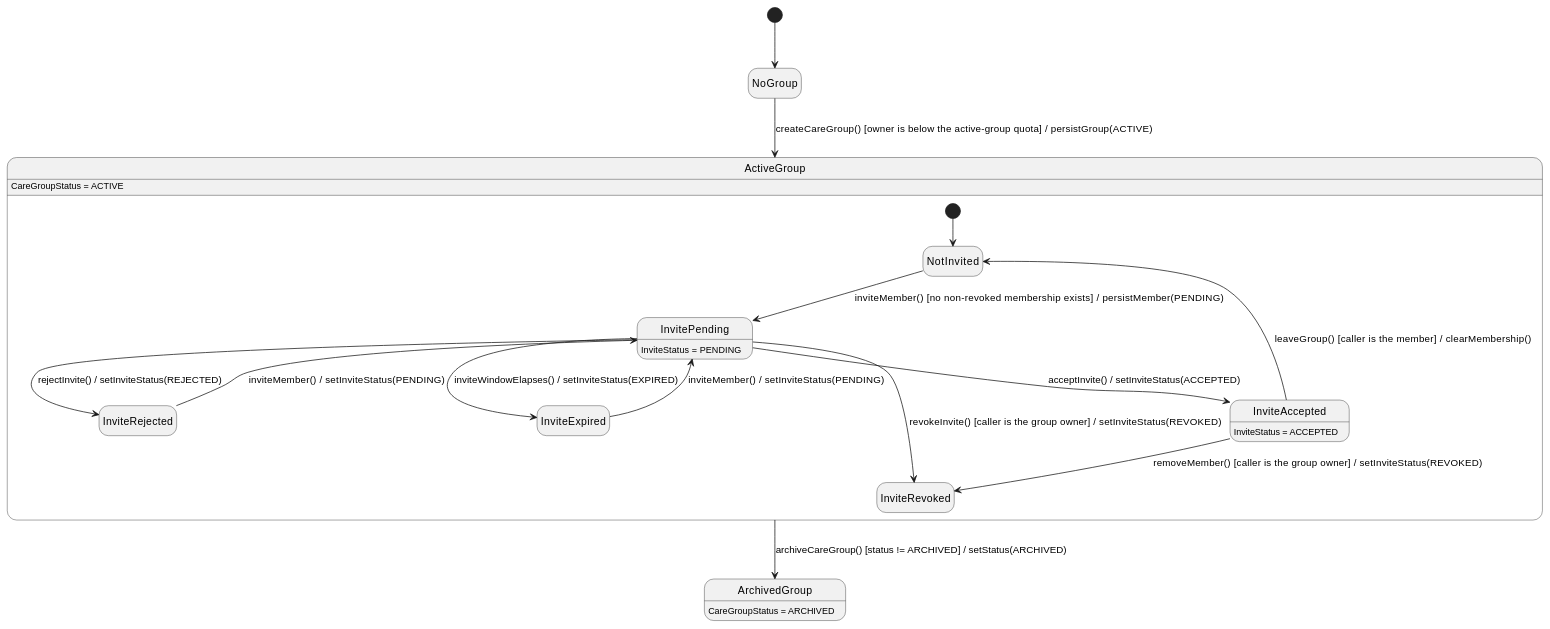
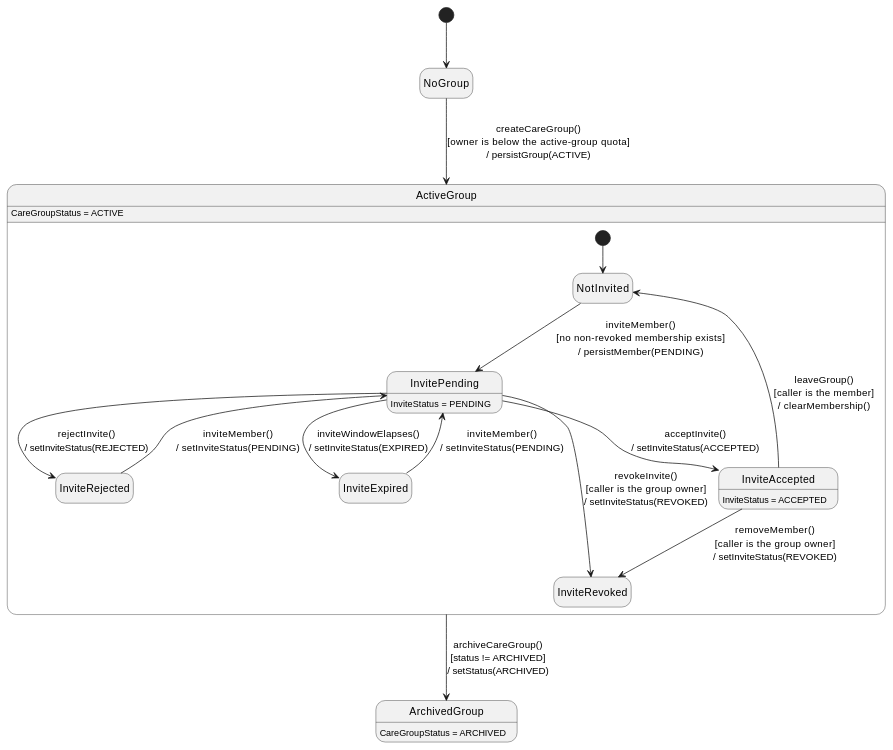
One commit to ChuongBDHE172784/CareBridge_SEP490_G79 changed the third of 3 diagrams in 03_Design/Detailed_Design/MF08_Family_Sync_Cooperative_Care/01_Care_Group_and_Membership_Lifecycle.md. Above: the diagram before and after it, drawn with PlantUML. The commit also changed 61 other files, not shown here.

Commit message:
docs: update detailed design documentation and state chart diagrams across all feature modules

````diff
--- a/03_Design/Detailed_Design/MF08_Family_Sync_Cooperative_Care/01_Care_Group_and_Membership_Lifecycle.md
+++ b/03_Design/Detailed_Design/MF08_Family_Sync_Cooperative_Care/01_Care_Group_and_Membership_Lifecycle.md
@@ -208,27 +208,27 @@
 ```plantuml
 @startuml StateChartDiagram_01CareGroupandMembershipLifecycle
 hide empty description
 [*] --> NoGroup
 
-NoGroup --> ActiveGroup : createCareGroup() [owner is below the active-group quota] / persistGroup(ACTIVE)
-ActiveGroup --> ArchivedGroup : archiveCareGroup() [status != ARCHIVED] / setStatus(ARCHIVED)
+NoGroup --> ActiveGroup : createCareGroup()\n[owner is below the active-group quota]\n/ persistGroup(ACTIVE)
+ActiveGroup --> ArchivedGroup : archiveCareGroup()\n[status != ARCHIVED]\n/ setStatus(ARCHIVED)
 
 state ActiveGroup {
   [*] --> NotInvited
-  NotInvited --> InvitePending : inviteMember() [no non-revoked membership exists] / persistMember(PENDING)
-  InvitePending --> InviteAccepted : acceptInvite() / setInviteStatus(ACCEPTED)
-  InvitePending --> InviteRejected : rejectInvite() / setInviteStatus(REJECTED)
-  InvitePending --> InviteExpired : inviteWindowElapses() / setInviteStatus(EXPIRED)
-  InvitePending --> InviteRevoked : revokeInvite() [caller is the group owner] / setInviteStatus(REVOKED)
-  InviteAccepted --> InviteRevoked : removeMember() [caller is the group owner] / setInviteStatus(REVOKED)
-  InviteAccepted --> NotInvited : leaveGroup() [caller is the member] / clearMembership()
-  InviteRejected --> InvitePending : inviteMember() / setInviteStatus(PENDING)
-  InviteExpired --> InvitePending : inviteMember() / setInviteStatus(PENDING)
+  NotInvited --> InvitePending : inviteMember()\n[no non-revoked membership exists]\n/ persistMember(PENDING)
+  InvitePending --> InviteAccepted : acceptInvite()\n/ setInviteStatus(ACCEPTED)
+  InvitePending --> InviteRejected : rejectInvite()\n/ setInviteStatus(REJECTED)
+  InvitePending --> InviteExpired : inviteWindowElapses()\n/ setInviteStatus(EXPIRED)
+  InvitePending --> InviteRevoked : revokeInvite()\n[caller is the group owner]\n/ setInviteStatus(REVOKED)
+  InviteAccepted --> InviteRevoked : removeMember()\n[caller is the group owner]\n/ setInviteStatus(REVOKED)
+  InviteAccepted --> NotInvited : leaveGroup()\n[caller is the member]\n/ clearMembership()
+  InviteRejected --> InvitePending : inviteMember()\n/ setInviteStatus(PENDING)
+  InviteExpired --> InvitePending : inviteMember()\n/ setInviteStatus(PENDING)
 }
 
 ActiveGroup : CareGroupStatus = ACTIVE
 ArchivedGroup : CareGroupStatus = ARCHIVED
 InvitePending : InviteStatus = PENDING
 InviteAccepted : InviteStatus = ACCEPTED
 @enduml
 ```
````
